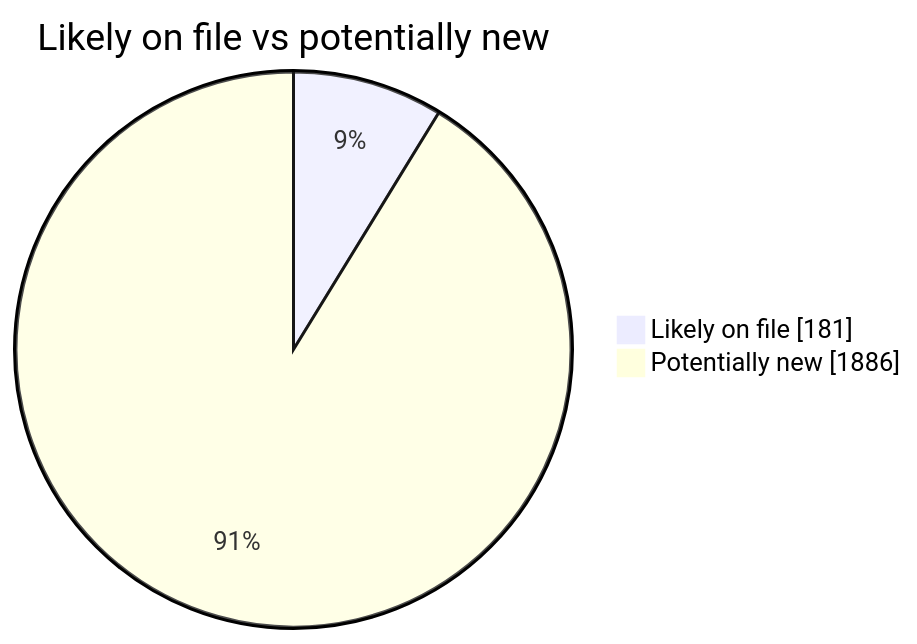
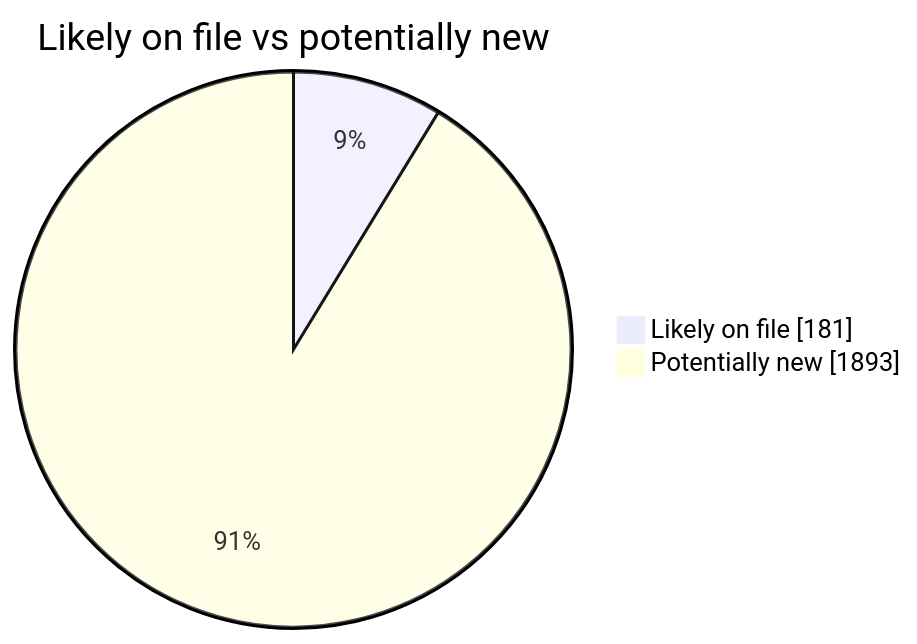
One commit to martinbalfanz/social-scanner-reports changed the second of 4 diagrams in README.md. Above: the diagram before and after it, drawn with Mermaid. The commit also changed other lines of this file and 4 other files, not shown here.

````diff
--- a/README.md
+++ b/README.md
@@ -40,5 +40,5 @@
 ```mermaid
 pie showData title Likely on file vs potentially new
     "Likely on file" : 181
-    "Potentially new" : 1886
+    "Potentially new" : 1893
 ```
````
